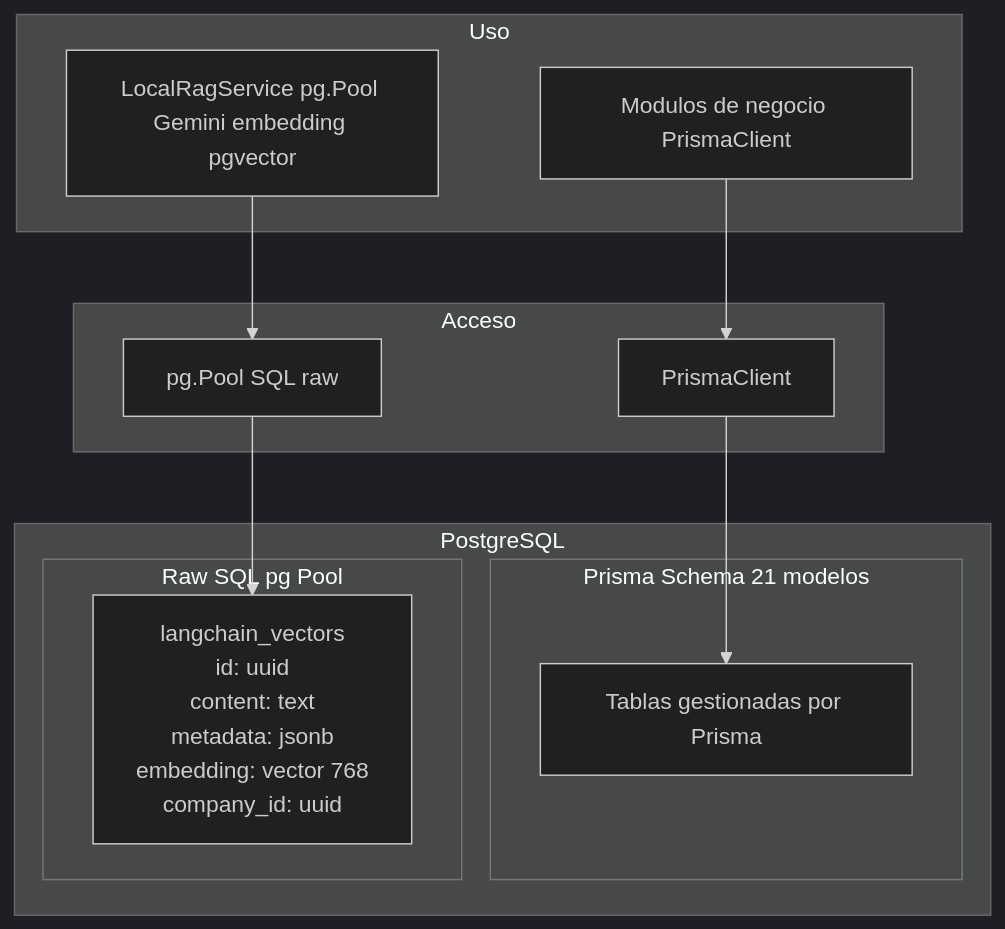
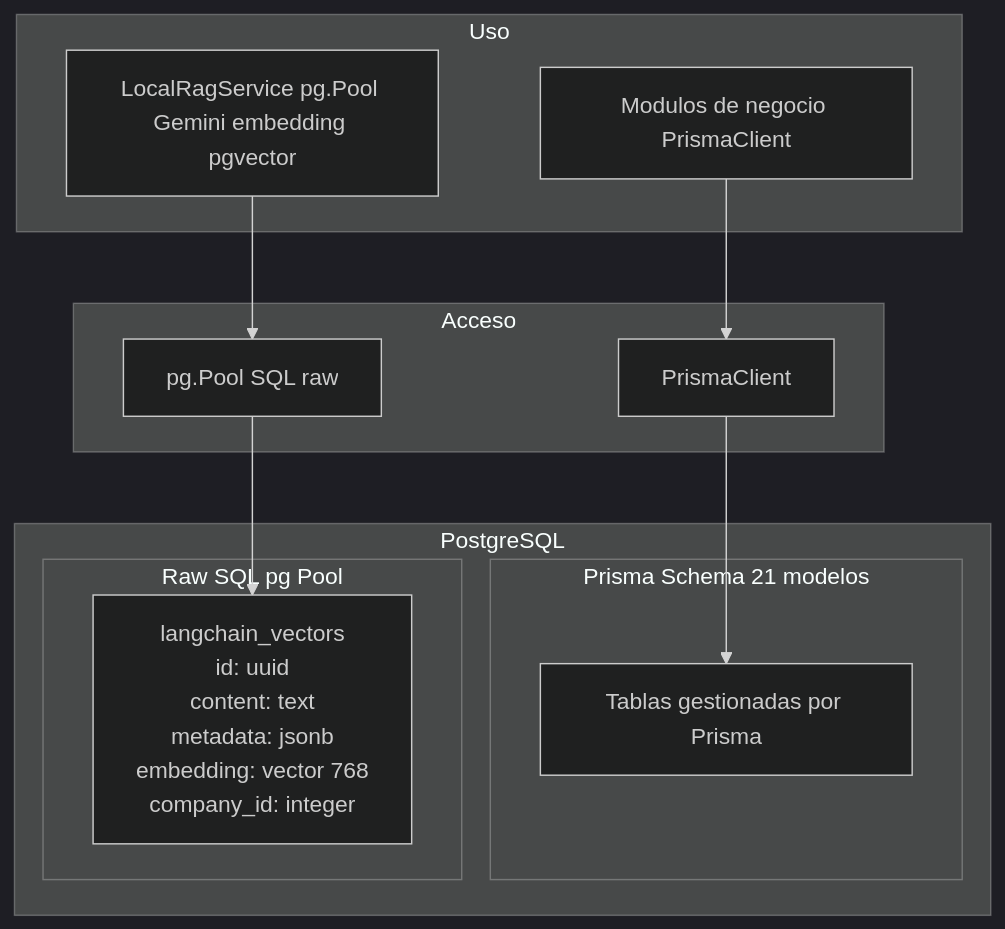
The diagram in docs/diagrams/database/pgvector.mmd (pabloacisera/patasoft-portfolio), drawn with Mermaid (dark theme) before and after one commit. The commit also changed 167 other files, not shown here.

```diff
--- a/docs/diagrams/database/pgvector.mmd
+++ b/docs/diagrams/database/pgvector.mmd
@@ -1,24 +1,24 @@
 graph TB
     subgraph "PostgreSQL"
         subgraph "Prisma Schema 21 modelos"
             PRISMA[Tablas gestionadas por Prisma]
         end
         subgraph "Raw SQL pg Pool"
-            PGVEC[langchain_vectors<br/>id: uuid<br/>content: text<br/>metadata: jsonb<br/>embedding: vector 768<br/>company_id: uuid]
+            PGVEC[langchain_vectors<br/>id: uuid<br/>content: text<br/>metadata: jsonb<br/>embedding: vector 768<br/>company_id: integer]
         end
     end
 
     subgraph "Acceso"
         PRISMA_CLIENT[PrismaClient]
         PG_POOL[pg.Pool SQL raw]
     end
 
     subgraph "Uso"
         NESTJS_BIZ[Modulos de negocio PrismaClient]
         LOCAL_RAG[LocalRagService pg.Pool Gemini embedding pgvector]
     end
 
     NESTJS_BIZ --> PRISMA_CLIENT
     PRISMA_CLIENT --> PRISMA
     LOCAL_RAG --> PG_POOL
     PG_POOL --> PGVEC
```
